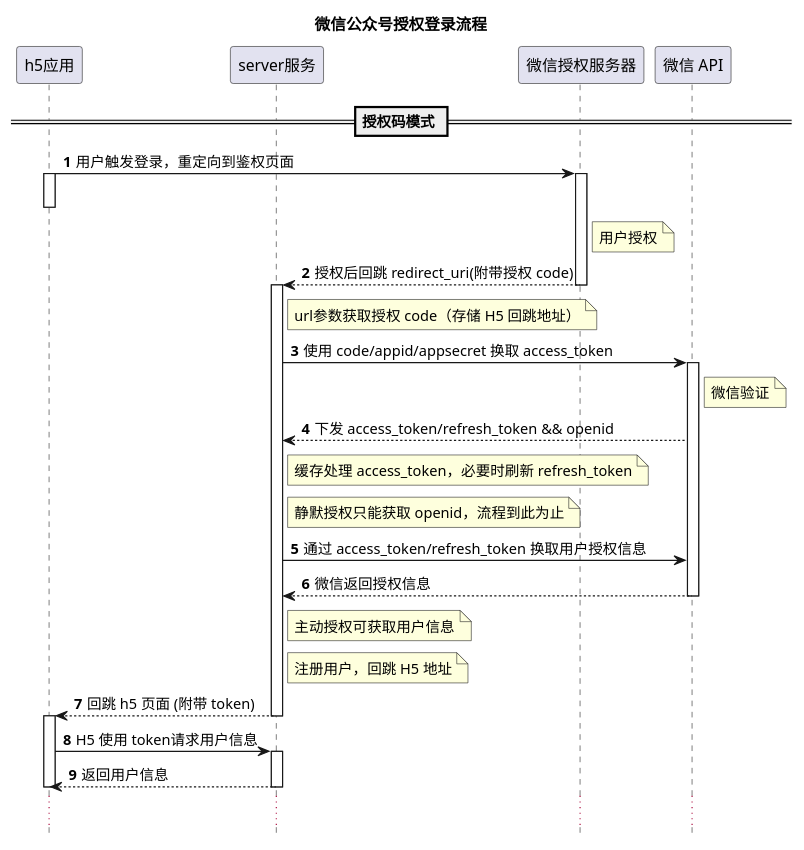
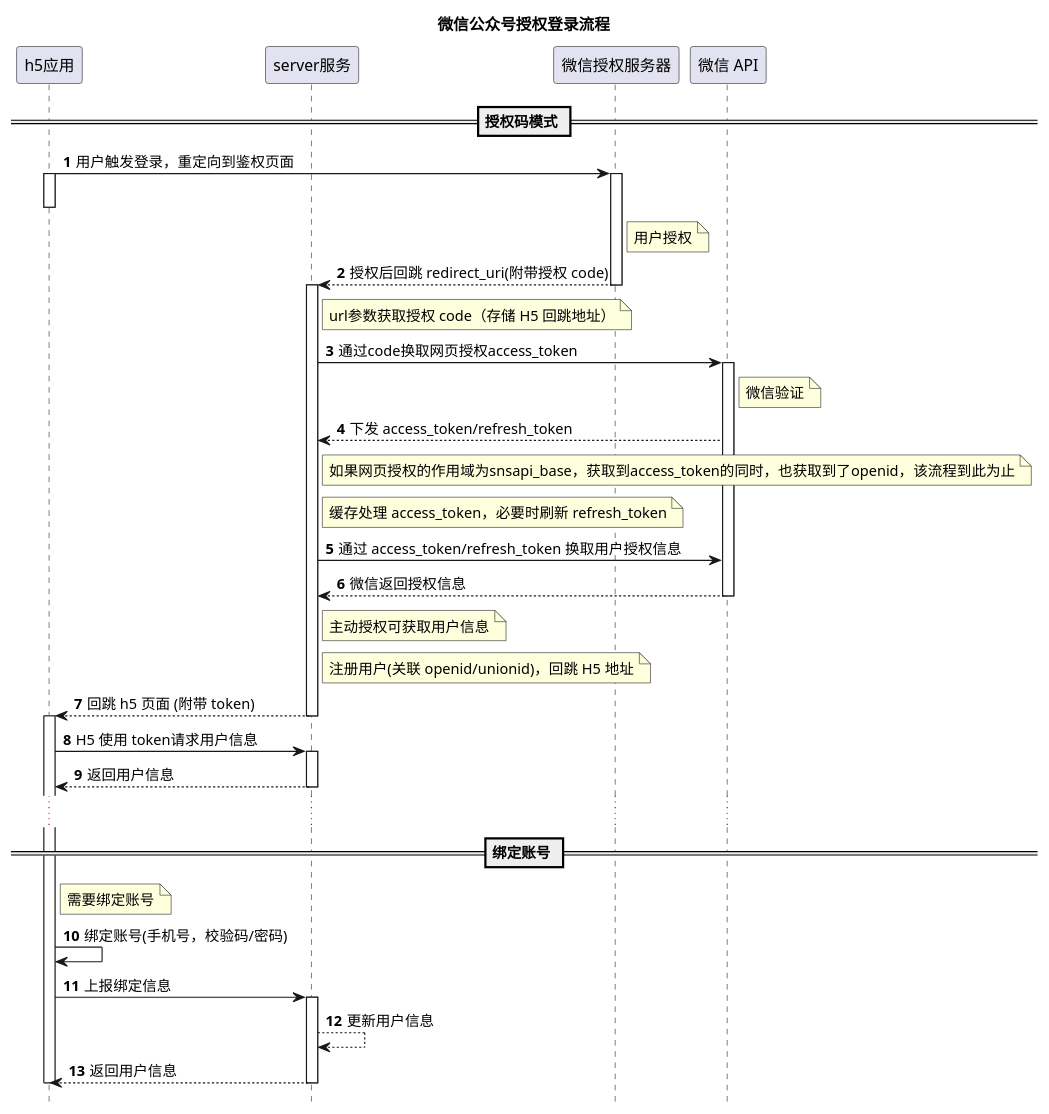
The diagram in docs/wechat-oauth-1.puml (cloudyan/uml), drawn with PlantUML before and after one commit. The commit also changed 1 other file, not shown here.

```diff
--- a/docs/wechat-oauth-1.puml
+++ b/docs/wechat-oauth-1.puml
@@ -1,60 +1,67 @@
 @startuml
 
 ' https://developers.weixin.qq.com/doc/offiaccount/OA_Web_Apps/Wechat_webpage_authorization.html
-' https://dalin.blog.csdn.net/article/details/104890768
-' https://plantuml.com/zh/sequence-diagram
 
 ' 流程
-' h5 --> weixin --> server(code) --> weixin --> access_token --> weixin --> server(userInfo) --> h5(token) --> server(userInfo)
+' h5 --> weixin --> server(code) --> weixin --> access_token/openid --> weixin --> server(userInfo) --> h5(token) --> server(userInfo)
 
 autonumber
 hide footbox
 title **微信公众号授权登录流程**
 
 ' actor "微信用户" as user
 participant "h5应用" as h5
 participant "server服务" as server
 participant "微信授权服务器" as wxOauth
 participant "微信 API" as wxApi
 
 == 授权码模式 ==
 ' == 服务端直接获取授权码 code ==
 ' user -> h5: 用户访问 H5 应用
 ' activate user
 ' deactivate user
 
 h5 -> wxOauth: 用户触发登录，重定向到鉴权页面
 activate h5
 deactivate h5
 
 activate wxOauth
 note right of wxOauth: 用户授权
 wxOauth --> server: 授权后回跳 redirect_uri(附带授权 code)
 deactivate wxOauth
 
 activate server
 note right of server: url参数获取授权 code（存储 H5 回跳地址）
-server -> wxApi: 使用 code/appid/appsecret 换取 access_token
+server -> wxApi: 通过code换取网页授权access_token
 activate wxApi
 note right of wxApi: 微信验证
-wxApi --> server: 下发 access_token/refresh_token && openid
+wxApi --> server: 下发 access_token/refresh_token
+note right of server: 如果网页授权的作用域为snsapi_base，获取到access_token的同时，也获取到了openid，该流程到此为止
 note right of server: 缓存处理 access_token，必要时刷新 refresh_token
-note right of server: 静默授权只能获取 openid，流程到此为止
 server -> wxApi: 通过 access_token/refresh_token 换取用户授权信息
 wxApi --> server: 微信返回授权信息
 note right of server: 主动授权可获取用户信息
-note right of server: 注册用户，回跳 H5 地址
+note right of server: 注册用户(关联 openid/unionid)，回跳 H5 地址
 deactivate wxApi
 server --> h5: 回跳 h5 页面 (附带 token)
 deactivate server
 
 activate h5
 h5 -> server: H5 使用 token请求用户信息
 activate server
 server --> h5: 返回用户信息
 deactivate server
-deactivate h5
 
 ...
 
+== 绑定账号 ==
+note right of h5: 需要绑定账号
+h5 -> h5: 绑定账号(手机号，校验码/密码)
+h5 -> server: 上报绑定信息
+activate server
+server --> server: 更新用户信息
+server --> h5: 返回用户信息
+deactivate server
+deactivate h5
+
 @enduml
```
